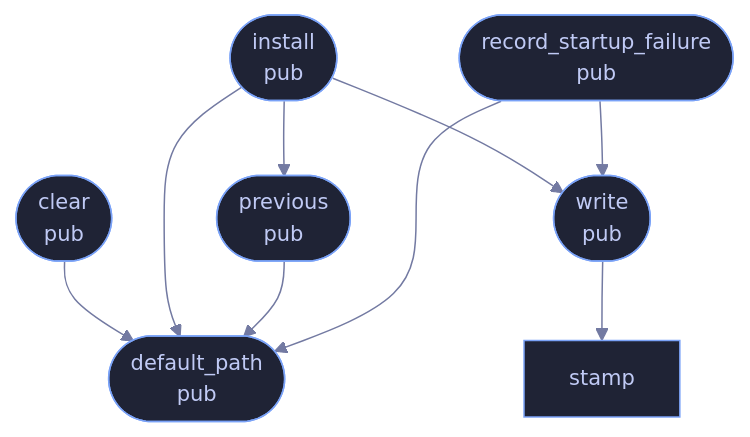
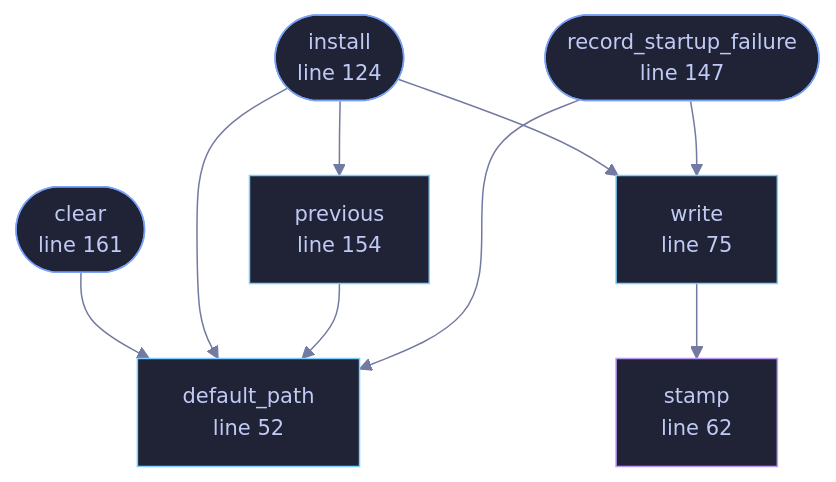
One commit to tilas01/veilvoice changed the diagram in wiki/File-veilvoice-gui-crashlog.md. Above: the diagram before and after it, drawn with Mermaid. The commit also changed other lines of this file and 182 other files, not shown here.

````diff
--- a/wiki/File-veilvoice-gui-crashlog.md
+++ b/wiki/File-veilvoice-gui-crashlog.md
@@ -63,19 +78,25 @@
 ```mermaid
 %%{init: {"theme":"base","themeVariables":{"background":"#1a1b26","primaryColor":"#1f2335","primaryTextColor":"#c0caf5","primaryBorderColor":"#7aa2f7","secondaryColor":"#16161e","tertiaryColor":"#16161e","lineColor":"#737aa2","textColor":"#c0caf5","mainBkg":"#1f2335","nodeBorder":"#7aa2f7","clusterBkg":"#16161e","clusterBorder":"#2f3549","fontFamily":"ui-monospace, SFMono-Regular, Consolas, monospace","fontSize":"14px"}}}%%
 flowchart TD
-    n_default_path(["default_path<br/>pub"])
-    n_stamp["stamp"]
-    n_write(["write<br/>pub"])
-    n_install(["install<br/>pub"])
-    n_record_startup_failure(["record_startup_failure<br/>pub"])
-    n_previous(["previous<br/>pub"])
-    n_clear(["clear<br/>pub"])
+    n_default_path["default_path<br/>line 52"]
+    n_stamp["stamp<br/>line 62"]
+    n_write["write<br/>line 75"]
+    n_install(["install<br/>line 124"])
+    n_record_startup_failure(["record_startup_failure<br/>line 147"])
+    n_previous["previous<br/>line 154"]
+    n_clear(["clear<br/>line 161"])
     n_clear --> n_default_path
     n_install --> n_default_path
     n_install --> n_previous
     n_install --> n_write
     n_previous --> n_default_path
     n_record_startup_failure --> n_default_path
     n_record_startup_failure --> n_write
     n_write --> n_stamp
+    classDef entry fill:#1f2335,stroke:#7aa2f7,color:#c0caf5
+    class n_install,n_record_startup_failure,n_clear entry
+    classDef api fill:#1f2335,stroke:#7dcfff,color:#c0caf5
+    class n_default_path,n_write,n_previous api
+    classDef helper fill:#1f2335,stroke:#bb9af7,color:#c0caf5
+    class n_stamp helper
 ```
````
